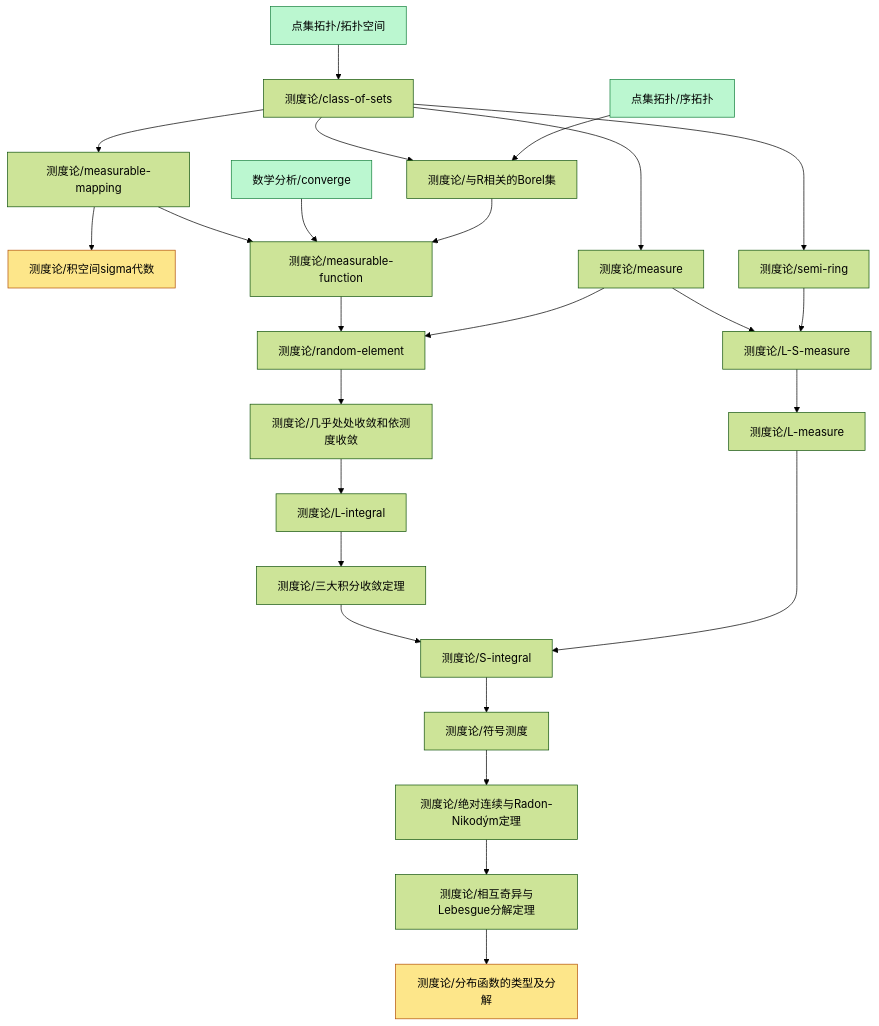
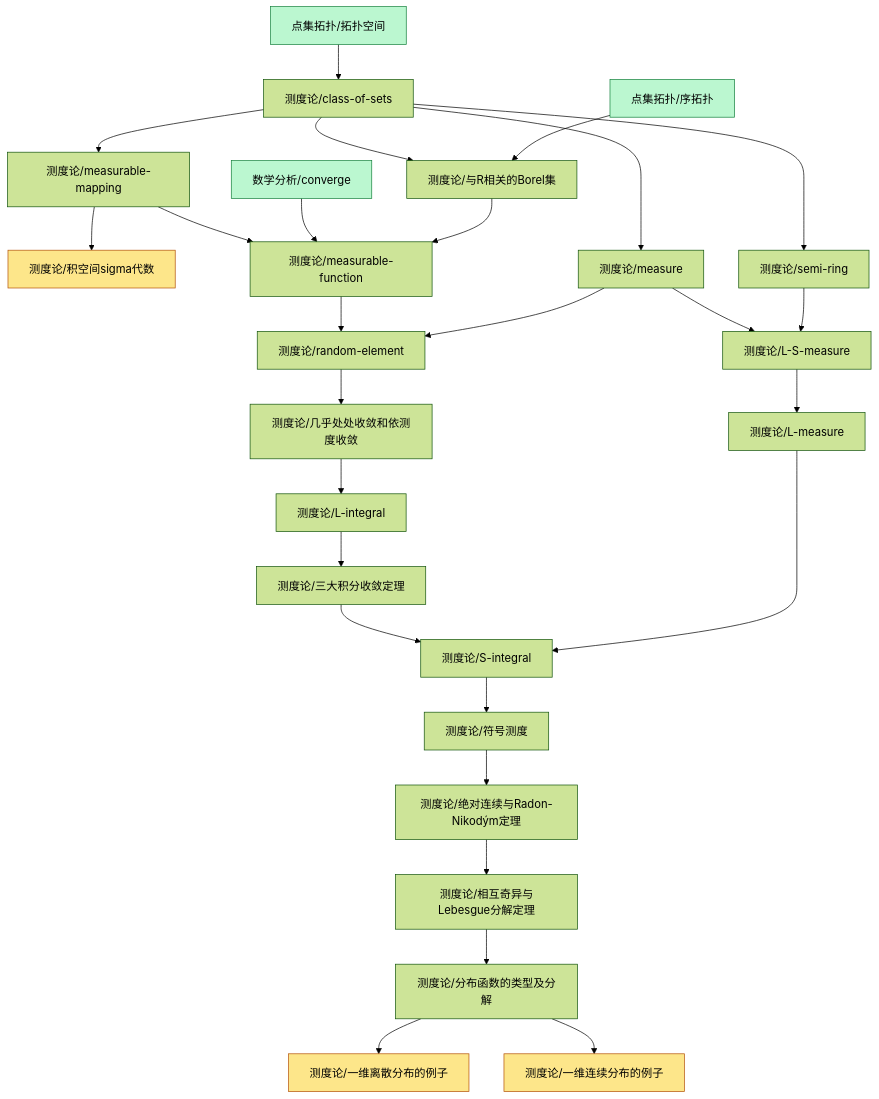
One commit to zeroDtree/zeroDtree.github.io changed the diagram in content/测度论/dependency_graph.md. Above: the diagram before and after it, drawn with Mermaid (forest theme). The commit also changed 4 other files, not shown here.

````diff
--- a/content/测度论/dependency_graph.md
+++ b/content/测度论/dependency_graph.md
@@ -1,31 +1,33 @@
 ```mermaid
 graph TD
-1["点集拓扑/拓扑空间"] --> 0["测度论/class-of-sets"]
-3["测度论/S-integral"] --> 2["测度论/符号测度"]
-5["测度论/measurable-mapping"] --> 4["测度论/积空间sigma代数"]
-0["测度论/class-of-sets"] --> 5["测度论/measurable-mapping"]
-0["测度论/class-of-sets"] --> 6["测度论/与R相关的Borel集"]
-7["点集拓扑/序拓扑"] --> 6["测度论/与R相关的Borel集"]
-5["测度论/measurable-mapping"] --> 8["测度论/measurable-function"]
-9["数学分析/converge"] --> 8["测度论/measurable-function"]
-6["测度论/与R相关的Borel集"] --> 8["测度论/measurable-function"]
-11["测度论/measure"] --> 10["测度论/L-S-measure"]
-12["测度论/semi-ring"] --> 10["测度论/L-S-measure"]
-8["测度论/measurable-function"] --> 13["测度论/random-element"]
-11["测度论/measure"] --> 13["测度论/random-element"]
-0["测度论/class-of-sets"] --> 12["测度论/semi-ring"]
-15["测度论/L-integral"] --> 14["测度论/三大积分收敛定理"]
-2["测度论/符号测度"] --> 16["测度论/绝对连续与Radon-Nikodým定理"]
-0["测度论/class-of-sets"] --> 11["测度论/measure"]
-13["测度论/random-element"] --> 17["测度论/几乎处处收敛和依测度收敛"]
-10["测度论/L-S-measure"] --> 18["测度论/L-measure"]
-14["测度论/三大积分收敛定理"] --> 3["测度论/S-integral"]
-18["测度论/L-measure"] --> 3["测度论/S-integral"]
-16["测度论/绝对连续与Radon-Nikodým定理"] --> 19["测度论/相互奇异与Lebesgue分解定理"]
-17["测度论/几乎处处收敛和依测度收敛"] --> 15["测度论/L-integral"]
-19["测度论/相互奇异与Lebesgue分解定理"] --> 20["测度论/分布函数的类型及分解"]
+1["测度论/分布函数的类型及分解"] --> 0["测度论/一维离散分布的例子"]
+3["点集拓扑/拓扑空间"] --> 2["测度论/class-of-sets"]
+5["测度论/S-integral"] --> 4["测度论/符号测度"]
+7["测度论/measurable-mapping"] --> 6["测度论/积空间sigma代数"]
+1["测度论/分布函数的类型及分解"] --> 8["测度论/一维连续分布的例子"]
+2["测度论/class-of-sets"] --> 7["测度论/measurable-mapping"]
+2["测度论/class-of-sets"] --> 9["测度论/与R相关的Borel集"]
+10["点集拓扑/序拓扑"] --> 9["测度论/与R相关的Borel集"]
+7["测度论/measurable-mapping"] --> 11["测度论/measurable-function"]
+12["数学分析/converge"] --> 11["测度论/measurable-function"]
+9["测度论/与R相关的Borel集"] --> 11["测度论/measurable-function"]
+14["测度论/measure"] --> 13["测度论/L-S-measure"]
+15["测度论/semi-ring"] --> 13["测度论/L-S-measure"]
+11["测度论/measurable-function"] --> 16["测度论/random-element"]
+14["测度论/measure"] --> 16["测度论/random-element"]
+2["测度论/class-of-sets"] --> 15["测度论/semi-ring"]
+18["测度论/L-integral"] --> 17["测度论/三大积分收敛定理"]
+4["测度论/符号测度"] --> 19["测度论/绝对连续与Radon-Nikodým定理"]
+2["测度论/class-of-sets"] --> 14["测度论/measure"]
+16["测度论/random-element"] --> 20["测度论/几乎处处收敛和依测度收敛"]
+13["测度论/L-S-measure"] --> 21["测度论/L-measure"]
+17["测度论/三大积分收敛定理"] --> 5["测度论/S-integral"]
+21["测度论/L-measure"] --> 5["测度论/S-integral"]
+19["测度论/绝对连续与Radon-Nikodým定理"] --> 22["测度论/相互奇异与Lebesgue分解定理"]
+20["测度论/几乎处处收敛和依测度收敛"] --> 18["测度论/L-integral"]
+22["测度论/相互奇异与Lebesgue分解定理"] --> 1["测度论/分布函数的类型及分解"]
 classDef leaf fill:#fde68a,stroke:#b45309
-class 4,20 leaf
+class 0,6,8 leaf
 classDef foundationRoot fill:#bbf7d0,stroke:#15803d
-class 1,7,9 foundationRoot
+class 3,10,12 foundationRoot
 ```
````
